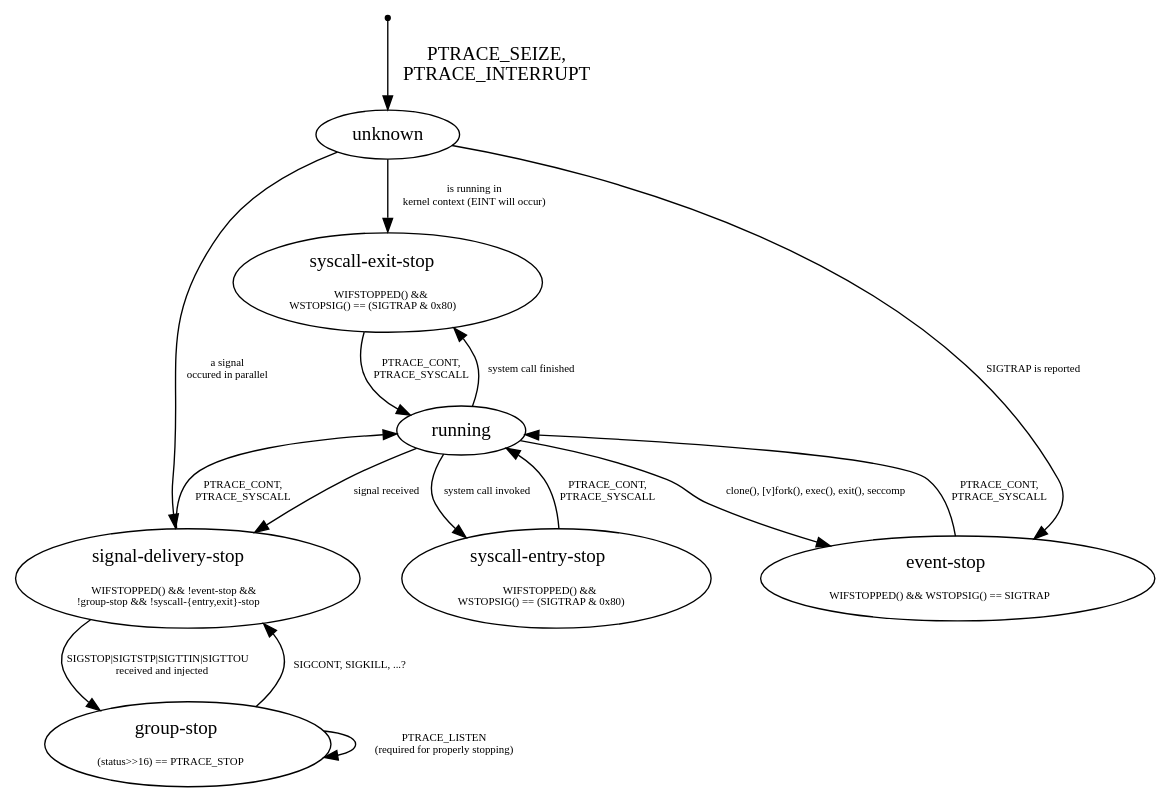
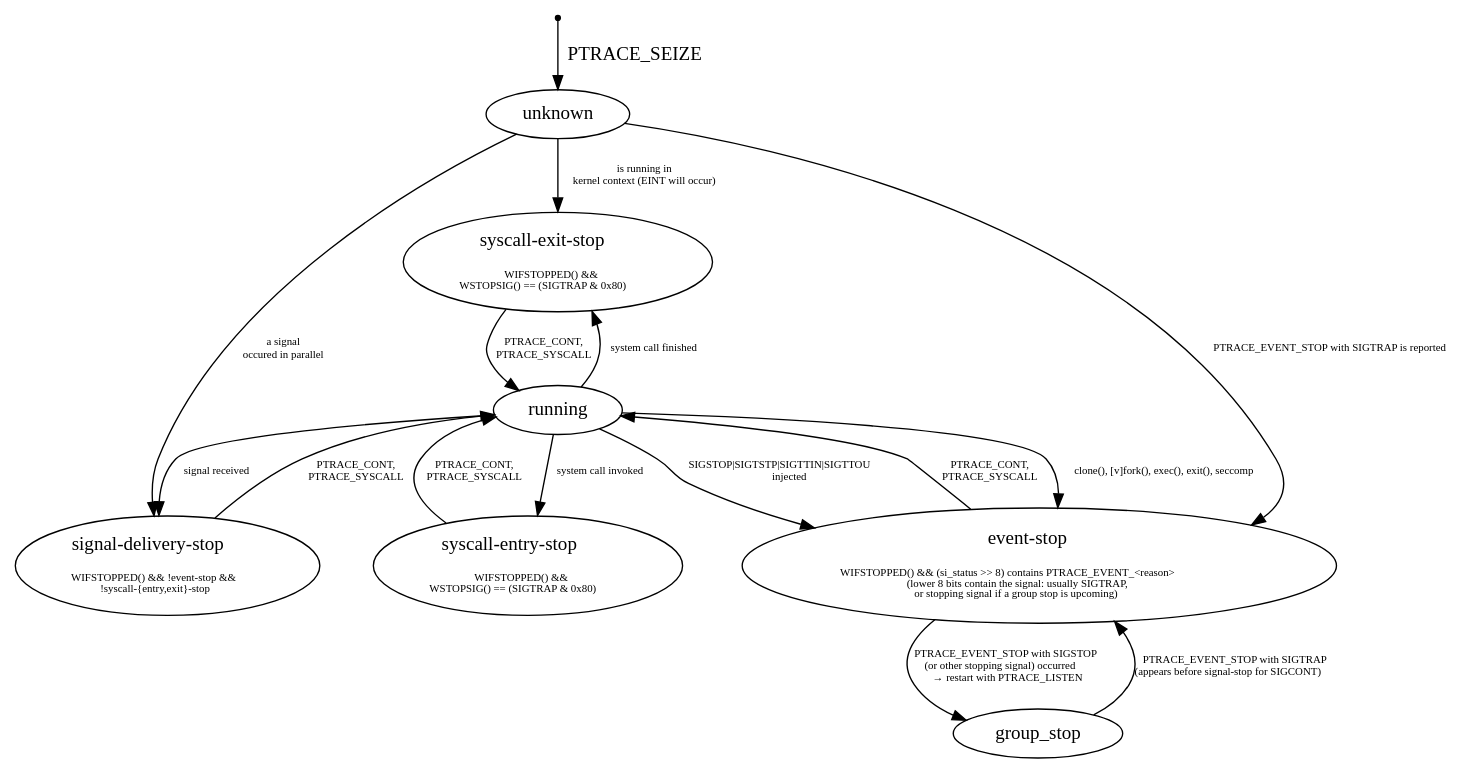
One commit to gerstner-hub/clues changed the diagram in doc/states.gv. Above: the diagram before and after it, drawn with Graphviz. The commit also changed 1 other file, not shown here.

Commit message:
ptrace state graph: better reflect reality
The recent implementation of group-stop support showed that the current
state graph is not fully reflecting reality. Adjust that.

```diff
--- a/doc/states.gv
+++ b/doc/states.gv
@@ -1,26 +1,26 @@
 digraph G {
 	unknown -> syscall_exit_stop [label="is running in\nkernel context (EINT will occur)" fontsize=8]
-	unknown -> event_stop [label="SIGTRAP is reported", fontsize=8]
+	unknown -> event_stop [label="PTRACE_EVENT_STOP with SIGTRAP is reported", fontsize=8]
 	unknown -> signal_delivery_stop [label="a signal\noccured in parallel" fontsize=8]
 
 	init [label="", shape=point]
-	init -> unknown [style="solid", label="PTRACE_SEIZE,\n PTRACE_INTERRUPT"]
+	init -> unknown [style="solid", label="PTRACE_SEIZE"]
 
-	signal_delivery_stop [label=<signal-delivery-stop<br/><br/><font point-size="8">WIFSTOPPED() &amp;&amp; !event-stop &amp;&amp;<br/>!group-stop &amp;&amp; !syscall-{entry,exit}-stop</font>>]
-	signal_delivery_stop -> group_stop [label=<<font point-size="8">SIGSTOP|SIGTSTP|SIGTTIN|SIGTTOU<br/>received and injected</font>>]
+	signal_delivery_stop [label=<signal-delivery-stop<br/><br/><font point-size="8">WIFSTOPPED() &amp;&amp; !event-stop &amp;&amp;<br/>!syscall-{entry,exit}-stop</font>>]
 
-	group_stop [label=<group-stop<br/><br/><font point-size="8">(status&gt;&gt;16) == PTRACE_STOP</font>>]
-	group_stop -> group_stop [label="PTRACE_LISTEN\n (required for properly stopping)" fontsize=8]
-	group_stop -> signal_delivery_stop [label="SIGCONT, SIGKILL, ...?" fontsize=8]
+	group_stop
+	group_stop -> event_stop [label=<<font point-size="8">PTRACE_EVENT_STOP with SIGTRAP<br/>(appears before signal-stop for SIGCONT)</font>>]
 
-	event_stop [label=<event-stop<br/><br/><font point-size="8">WIFSTOPPED() &amp;&amp; WSTOPSIG() == SIGTRAP</font>>]
+	event_stop [label=<event-stop<br/><br/><font point-size="8">WIFSTOPPED() &amp;&amp; (si_status &gt;&gt; 8) contains PTRACE_EVENT_&lt;reason&gt;<br/>(lower 8 bits contain the signal: usually SIGTRAP,<br/>or stopping signal if a group stop is upcoming)</font>>]
+	event_stop -> group_stop [label=<<font point-size="8">PTRACE_EVENT_STOP with SIGSTOP<br/>(or other stopping signal) occurred<br/>→ restart with PTRACE_LISTEN</font>>]
 
 	syscall_entry_stop [label=<syscall-entry-stop<br/><br/><font point-size="8">WIFSTOPPED() &amp;&amp;<br/>WSTOPSIG() == (SIGTRAP &amp; 0x80)</font>>]
 	syscall_exit_stop [label=<syscall-exit-stop<br/><br/><font point-size="8">WIFSTOPPED() &amp;&amp;<br/>WSTOPSIG() == (SIGTRAP &amp; 0x80)</font>>]
 
 	{syscall_entry_stop, syscall_exit_stop, signal_delivery_stop, event_stop} -> running [label="PTRACE_CONT,\n PTRACE_SYSCALL" fontsize=8]
 	running -> signal_delivery_stop [label="signal received" fontsize=8]
 	running -> event_stop [label="clone(), [v]fork(), exec(), exit(), seccomp" fontsize=8]
 	running -> syscall_entry_stop [label="system call invoked" fontsize=8]
 	running -> syscall_exit_stop [label="system call finished" fontsize=8]
+	running -> event_stop [label=<<font point-size="8">SIGSTOP|SIGTSTP|SIGTTIN|SIGTTOU<br/> injected</font>>]
 }
```
